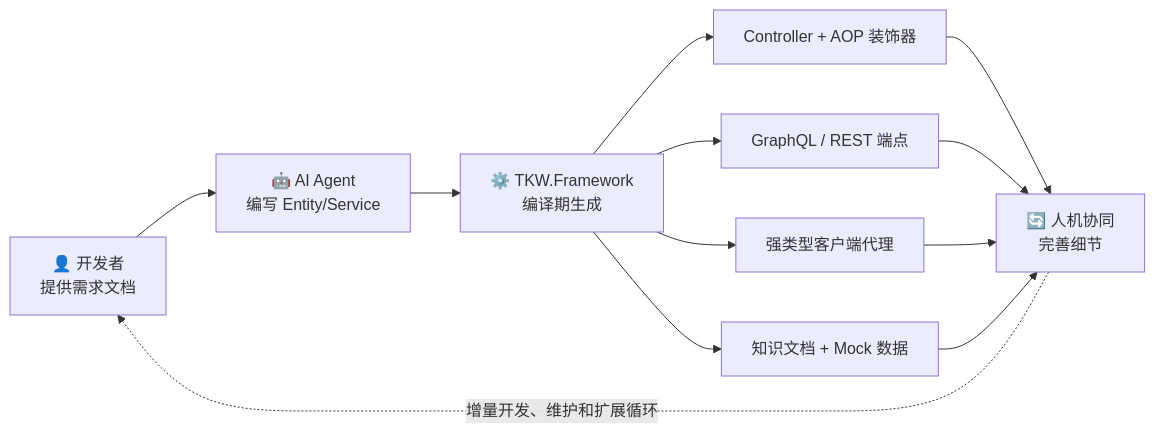
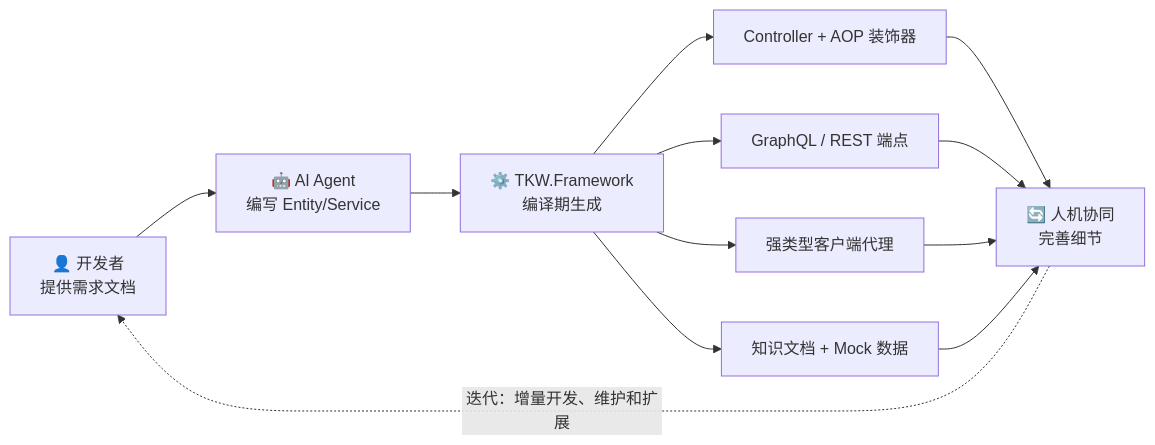
The diagram in docs/index.md (LoongBa/TKWF.Docs), drawn with Mermaid before and after one commit. The commit also changed other lines of this file, not shown here.

First line of the commit message:
docs: 修复代码块后链接被吞（markdown 化）+ 场景1 增 DataService 查询示例 + 场景8 强调强类型 + 场景9 强调自动生成测试接口/语义化数据 + mermaid 迭代标注

````diff
--- a/docs/index.md
+++ b/docs/index.md
@@ -38,14 +38,14 @@
 ```mermaid
 graph LR
     A["👤 开发者<br/>提供需求文档"] --> B["🤖 AI Agent<br/>编写 Entity/Service"]
     B --> C["⚙️ TKW.Framework<br/>编译期生成"]
     C --> D["Controller + AOP 装饰器"]
     C --> E["GraphQL / REST 端点"]
     C --> F["强类型客户端代理"]
     C --> G["知识文档 + Mock 数据"]
     D --> H["🔄 人机协同<br/>完善细节"]
     E --> H
     F --> H
     G --> H
-    H -. 增量开发、维护和扩展循环 .-> A
+    H -. 迭代：增量开发、维护和扩展 .-> A
 ```
````
